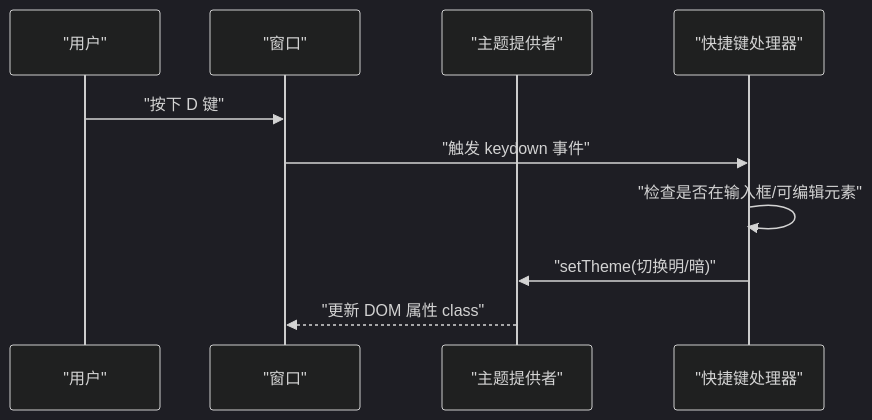
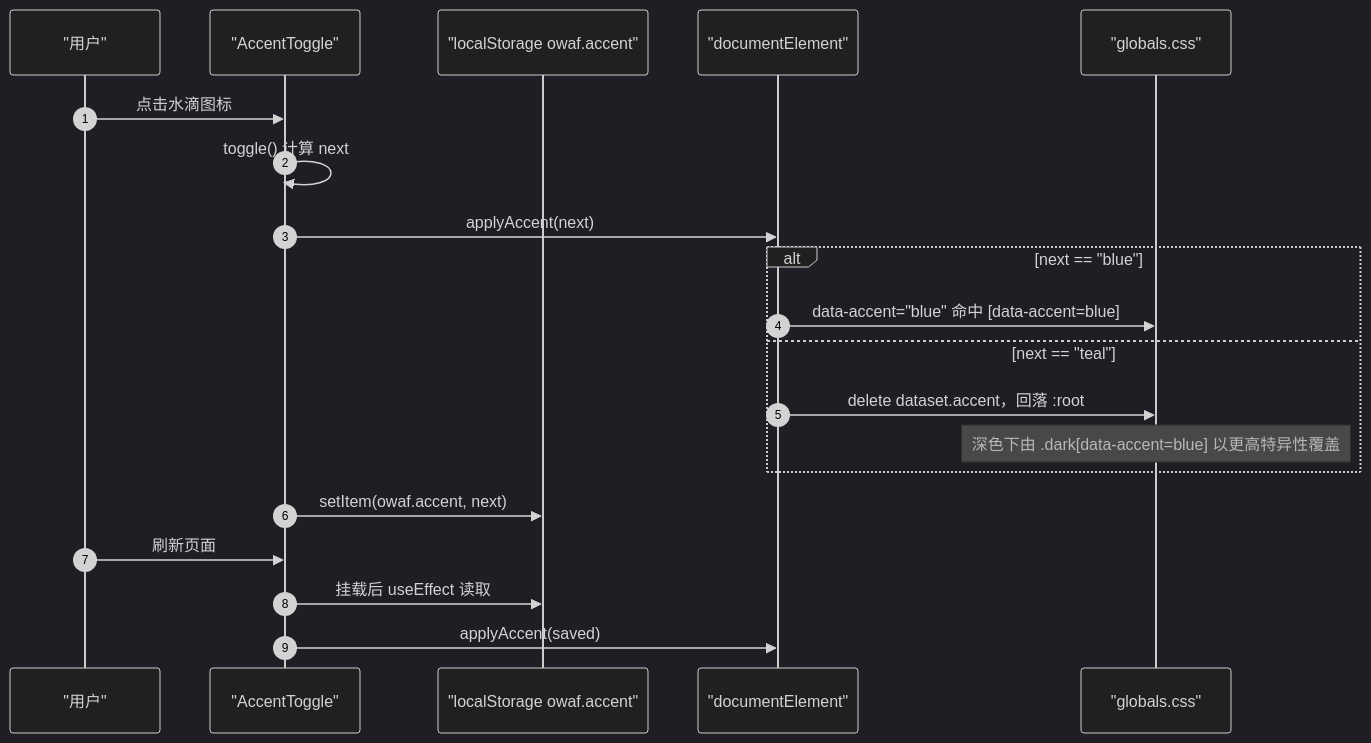
One commit to x01n/My-OpenWaf changed the third of 4 diagrams in docs/前端管理界面/主题系统与样式.md. Above: the diagram before and after it, drawn with Mermaid (dark theme). The commit also changed other lines of this file and 622 other files, not shown here.

````diff
--- a/docs/前端管理界面/主题系统与样式.md
+++ b/docs/前端管理界面/主题系统与样式.md
@@ -156,12 +302,22 @@
 ```mermaid
 sequenceDiagram
+autonumber
 participant U as "用户"
-participant W as "窗口"
-participant T as "主题提供者"
-participant H as "快捷键处理器"
-U->>W : "按下 D 键"
-W->>H : "触发 keydown 事件"
-H->>H : "检查是否在输入框/可编辑元素"
-H->>T : "setTheme(切换明/暗)"
-T-->>W : "更新 DOM 属性 class"
+participant BTN as "AccentToggle"
+participant LS as "localStorage owaf.accent"
+participant DOM as "documentElement"
+participant CSS as "globals.css"
+U->>BTN : 点击水滴图标
+BTN->>BTN : toggle() 计算 next
+BTN->>DOM : applyAccent(next)
+alt next == "blue"
+DOM->>CSS : data-accent="blue" 命中 [data-accent=blue]
+else next == "teal"
+DOM->>CSS : delete dataset.accent，回落 :root
+note over CSS : 深色下由 .dark[data-accent=blue] 以更高特异性覆盖
+end
+BTN->>LS : setItem(owaf.accent, next)
+U->>BTN : 刷新页面
+BTN->>LS : 挂载后 useEffect 读取
+BTN->>DOM : applyAccent(saved)
 ```
````
